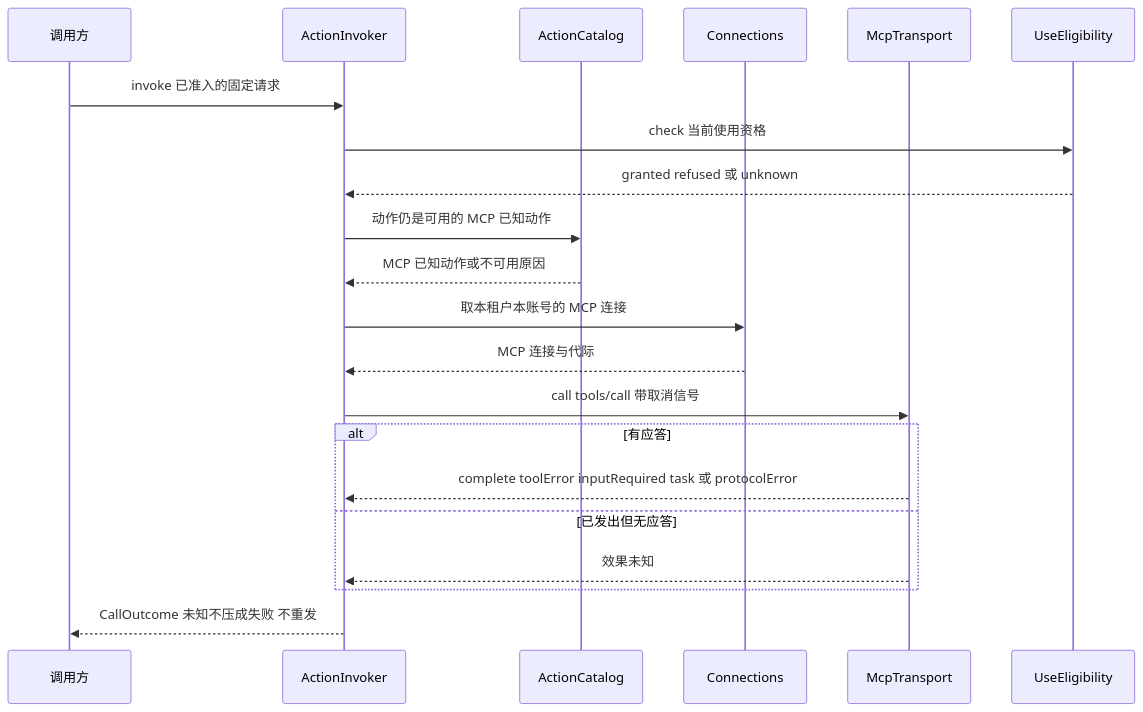
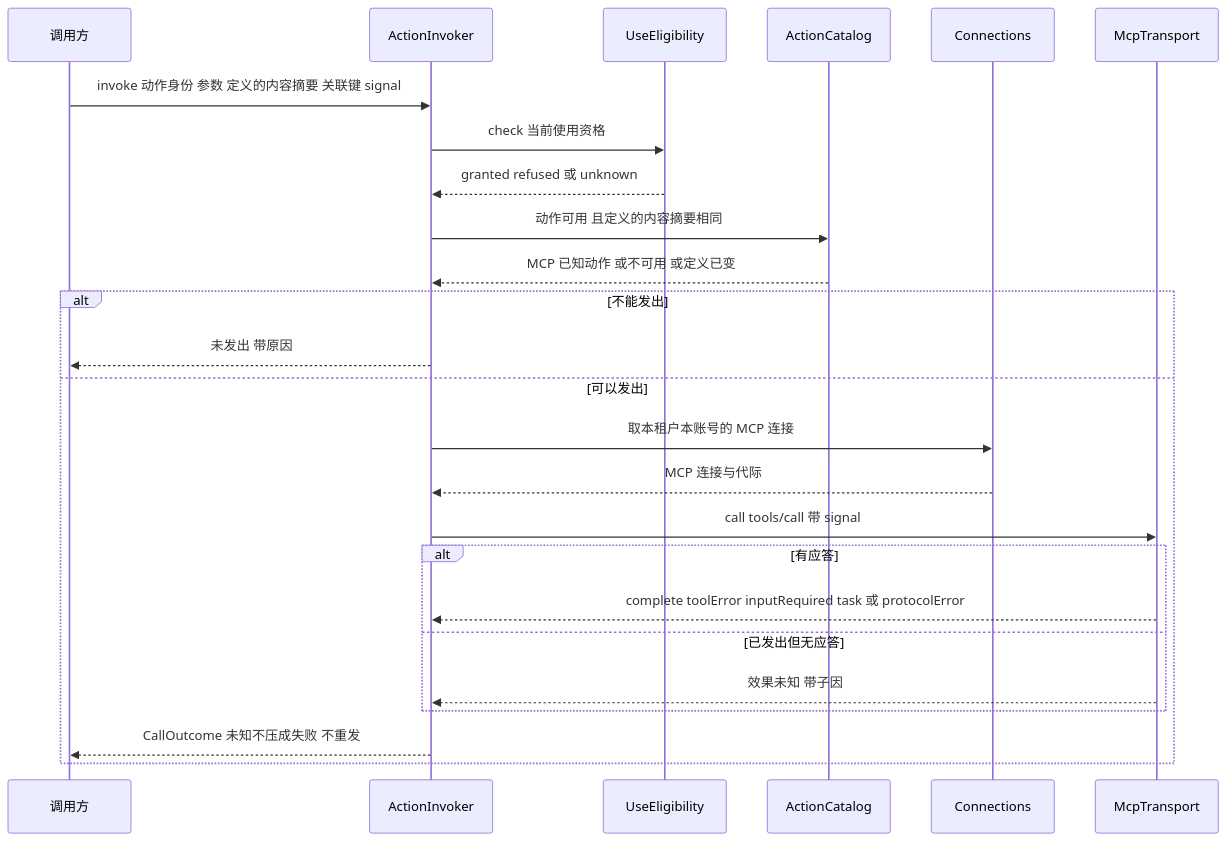
The third of 3 diagrams in packages/mcp/docs/key-flows.md (nemori-ai/omne-harness-lite), drawn with Mermaid before and after one commit. The commit also changed other lines of this file and 5 other files, not shown here.

````diff
--- a/packages/mcp/docs/key-flows.md
+++ b/packages/mcp/docs/key-flows.md
@@ -89,23 +92,27 @@
 ```mermaid
 sequenceDiagram
     participant T as 调用方
     participant I as ActionInvoker
+    participant E as UseEligibility
     participant K as ActionCatalog
     participant N as Connections
     participant R as McpTransport
-    participant E as UseEligibility
-    T->>I: invoke 已准入的固定请求
+    T->>I: invoke 动作身份 参数 定义的内容摘要 关联键 signal
     I->>E: check 当前使用资格
     E-->>I: granted refused 或 unknown
-    I->>K: 动作仍是可用的 MCP 已知动作
-    K-->>I: MCP 已知动作或不可用原因
-    I->>N: 取本租户本账号的 MCP 连接
-    N-->>I: MCP 连接与代际
-    I->>R: call tools/call 带取消信号
-    alt 有应答
-        R-->>I: complete toolError inputRequired task 或 protocolError
-    else 已发出但无应答
-        R-->>I: 效果未知
+    I->>K: 动作可用 且定义的内容摘要相同
+    K-->>I: MCP 已知动作 或不可用 或定义已变
+    alt 不能发出
+        I-->>T: 未发出 带原因
+    else 可以发出
+        I->>N: 取本租户本账号的 MCP 连接
+        N-->>I: MCP 连接与代际
+        I->>R: call tools/call 带 signal
+        alt 有应答
+            R-->>I: complete toolError inputRequired task 或 protocolError
+        else 已发出但无应答
+            R-->>I: 效果未知 带子因
+        end
+        I-->>T: CallOutcome 未知不压成失败 不重发
     end
-    I-->>T: CallOutcome 未知不压成失败 不重发
 ```
````
